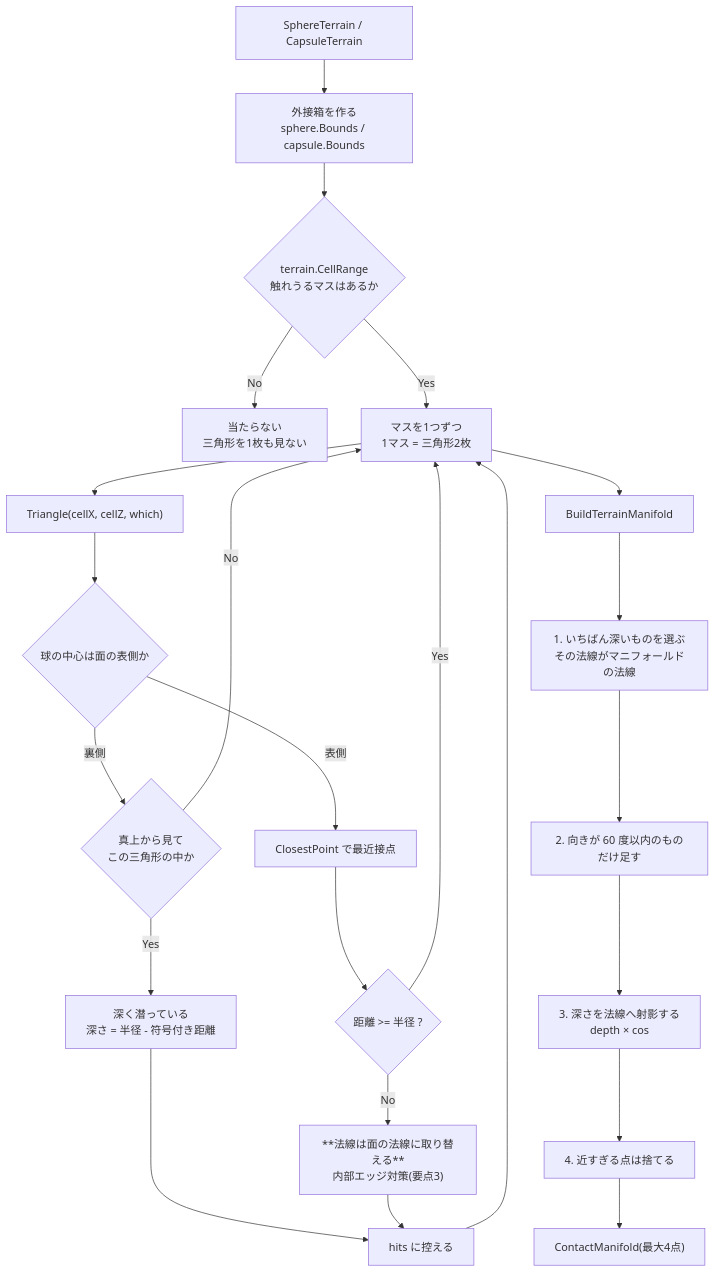
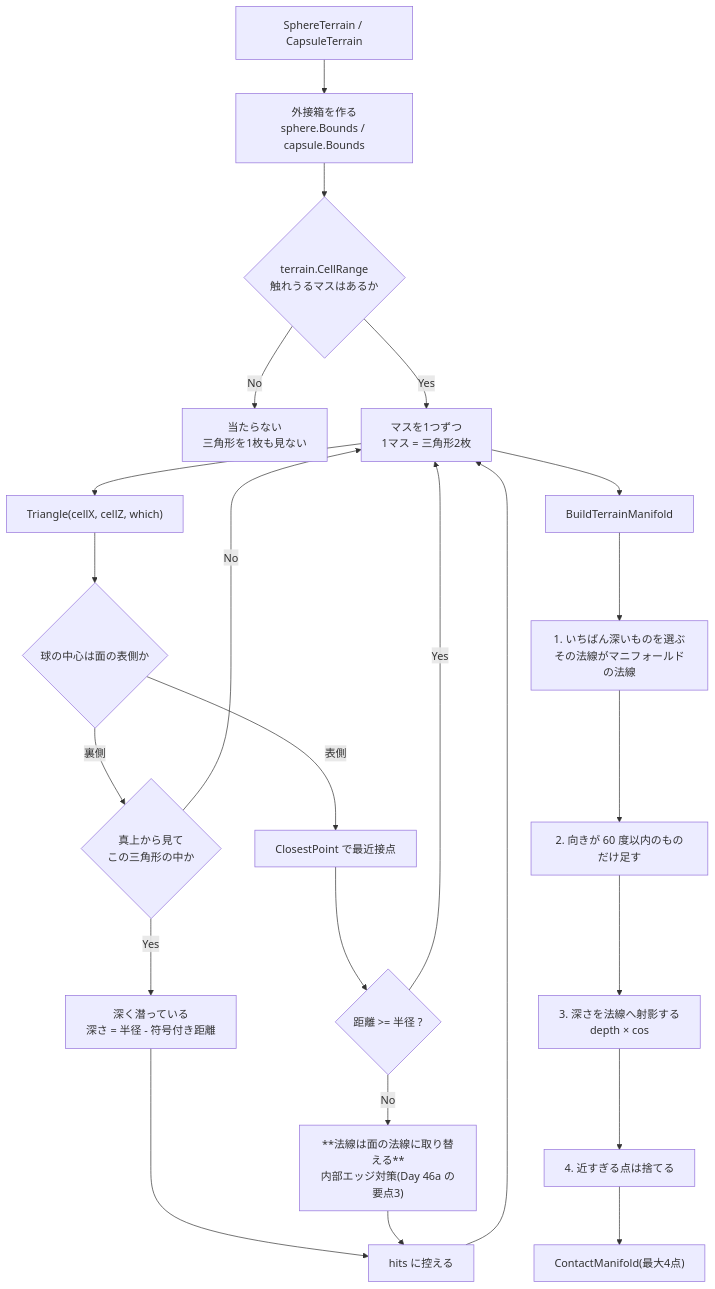
One commit to honyax/honya-game-engine changed diagram 20 of 55 in docs/plans/Day47.md. Above: the diagram before and after it, drawn with Mermaid. The commit also changed other lines of this file and 329 other files, not shown here.

````diff
--- a/docs/plans/Day47.md
+++ b/docs/plans/Day47.md
@@ -2778,30 +2778,30 @@
 ```mermaid
 flowchart TD
     S["SphereTerrain / CapsuleTerrain"] --> BB["外接箱を作る<br/>sphere.Bounds / capsule.Bounds"]
     BB --> CR{"terrain.CellRange<br/>触れうるマスはあるか"}
     CR -->|No| NONE["当たらない<br/>三角形を1枚も見ない"]
     CR -->|Yes| LOOP["マスを1つずつ<br/>1マス = 三角形2枚"]
 
     LOOP --> TRI["Triangle(cellX, cellZ, which)"]
     TRI --> SGN{"球の中心は面の表側か"}
 
     SGN -->|裏側| COL{"真上から見て<br/>この三角形の中か"}
     COL -->|No| LOOP
     COL -->|Yes| DEEP["深く潜っている<br/>深さ = 半径 - 符号付き距離"]
 
     SGN -->|表側| CP["ClosestPoint で最近接点"]
     CP --> FAR{"距離 >= 半径 ?"}
     FAR -->|Yes| LOOP
-    FAR -->|No| SNAP["**法線は面の法線に取り替える**<br/>内部エッジ対策(要点3)"]
+    FAR -->|No| SNAP["**法線は面の法線に取り替える**<br/>内部エッジ対策(Day 46a の要点3)"]
 
     DEEP --> HITS["hits に控える"]
     SNAP --> HITS
     HITS --> LOOP
 
     LOOP --> BUILD["BuildTerrainManifold"]
     BUILD --> D1["1. いちばん深いものを選ぶ<br/>その法線がマニフォールドの法線"]
     D1 --> D2["2. 向きが 60 度以内のものだけ足す"]
     D2 --> D3["3. 深さを法線へ射影する<br/>depth × cos"]
     D3 --> D4["4. 近すぎる点は捨てる"]
     D4 --> OUT["ContactManifold(最大4点)"]
 ```
````
